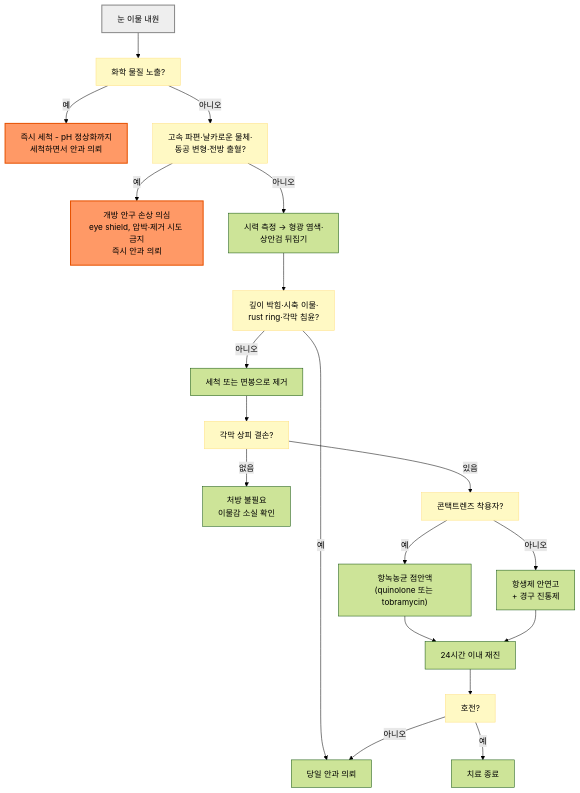
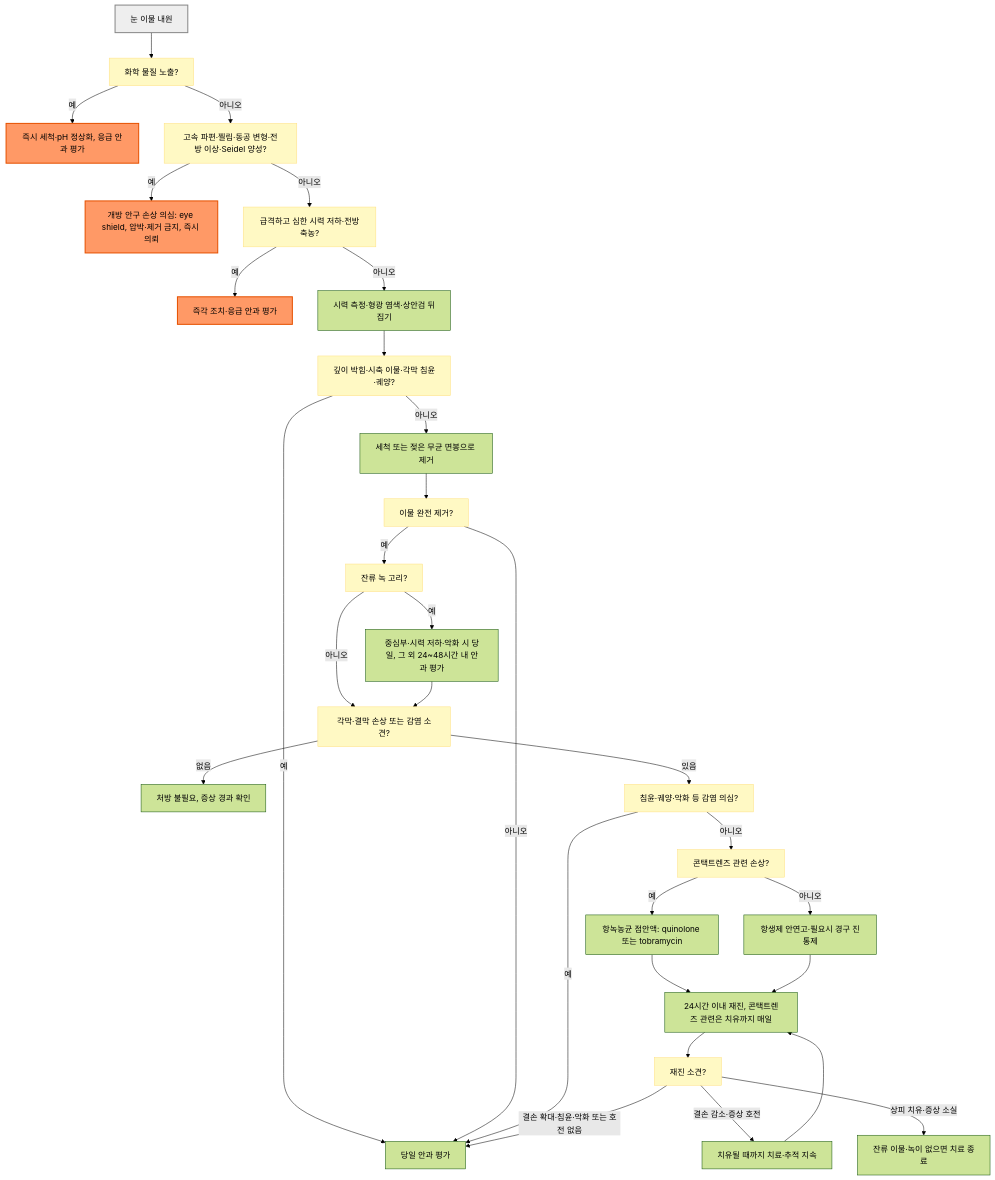
Before and after one commit to familyoh77/familyoh77: the diagram in 222_/045_-foreign-body-in-the-eye.md, drawn with Mermaid (forest theme). The commit also changed other lines of this file and 10 other files, not shown here.

````diff
--- a/222_/045_-foreign-body-in-the-eye.md
+++ b/222_/045_-foreign-body-in-the-eye.md
@@ -67,31 +74,47 @@
 ```mermaid
 graph TD
     A["눈 이물 내원"] --> B["화학 물질 노출?"]
-    B -- 예 --> C["즉시 세척 - pH 정상화까지<br/>세척하면서 안과 의뢰"]
-    B -- 아니오 --> D["고속 파편·날카로운 물체·<br/>동공 변형·전방 출혈?"]
-    D -- 예 --> E["개방 안구 손상 의심<br/>eye shield, 압박·제거 시도 금지<br/>즉시 안과 의뢰"]
-    D -- 아니오 --> F["시력 측정 → 형광 염색·<br/>상안검 뒤집기"]
-    F --> G["깊이 박힘·시축 이물·<br/>rust ring·각막 침윤?"]
-    G -- 예 --> H["당일 안과 의뢰"]
-    G -- 아니오 --> I["세척 또는 면봉으로 제거"]
-    I --> J["각막 상피 결손?"]
-    J -- 없음 --> K["처방 불필요<br/>이물감 소실 확인"]
-    J -- 있음 --> L["콘택트렌즈 착용자?"]
-    L -- 예 --> M["항녹농균 점안액<br/>(quinolone 또는 tobramycin)"]
-    L -- 아니오 --> N["항생제 안연고<br/>+ 경구 진통제"]
-    M --> O["24시간 이내 재진"]
+    B -- 예 --> C["즉시 세척·pH 정상화, 응급 안과 평가"]
+    B -- 아니오 --> D["고속 파편·찔림·동공 변형·전방 이상·Seidel 양성?"]
+    D -- 예 --> E["개방 안구 손상 의심: eye shield, 압박·제거 금지, 즉시 의뢰"]
+    D -- 아니오 --> T["급격하고 심한 시력 저하·전방축농?"]
+    T -- 예 --> V["즉각 조치·응급 안과 평가"]
+    T -- 아니오 --> F["시력 측정·형광 염색·상안검 뒤집기"]
+    F --> G["깊이 박힘·시축 이물·각막 침윤·궤양?"]
+    G -- 예 --> H["당일 안과 평가"]
+    G -- 아니오 --> I["세척 또는 젖은 무균 면봉으로 제거"]
+    I --> W["이물 완전 제거?"]
+    W -- 아니오 --> H
+    W -- 예 --> S["잔류 녹 고리?"]
+    S -- 예 --> U["중심부·시력 저하·악화 시 당일, 그 외 24~48시간 내 안과 평가"]
+    S -- 아니오 --> J["각막·결막 손상 또는 감염 소견?"]
+    U --> J
+    J -- 없음 --> K["처방 불필요, 증상 경과 확인"]
+    J -- 있음 --> X["침윤·궤양·악화 등 감염 의심?"]
+    X -- 예 --> H
+    X -- 아니오 --> L["콘택트렌즈 관련 손상?"]
+    L -- 예 --> M["항녹농균 점안액: quinolone 또는 tobramycin"]
+    L -- 아니오 --> N["항생제 안연고·필요시 경구 진통제"]
+    M --> O["24시간 이내 재진, 콘택트렌즈 관련은 치유까지 매일"]
     N --> O
-    O --> P["호전?"]
-    P -- 예 --> Q["치료 종료"]
-    P -- 아니오 --> H
+    O --> P["재진 소견?"]
+    P -- "결손 감소·증상 호전" --> R["치유될 때까지 치료·추적 지속"]
+    R --> O
+    P -- "상피 치유·증상 소실" --> Q["잔류 이물·녹이 없으면 치료 종료"]
+    P -- "결손 확대·침윤·악화 또는 호전 없음" --> H
 
     style A fill:#eeeeee,stroke:#888888,stroke-width:2px
     style B fill:#fff9c4,stroke:#ffe082
     style D fill:#fff9c4,stroke:#ffe082
+    style T fill:#fff9c4,stroke:#ffe082
     style G fill:#fff9c4,stroke:#ffe082
+    style W fill:#fff9c4,stroke:#ffe082
+    style S fill:#fff9c4,stroke:#ffe082
     style J fill:#fff9c4,stroke:#ffe082
+    style X fill:#fff9c4,stroke:#ffe082
     style L fill:#fff9c4,stroke:#ffe082
     style P fill:#fff9c4,stroke:#ffe082
     style C fill:#f96,stroke:#e65100,stroke-width:2px
     style E fill:#f96,stroke:#e65100,stroke-width:2px
+    style V fill:#f96,stroke:#e65100,stroke-width:2px
 ```
````
